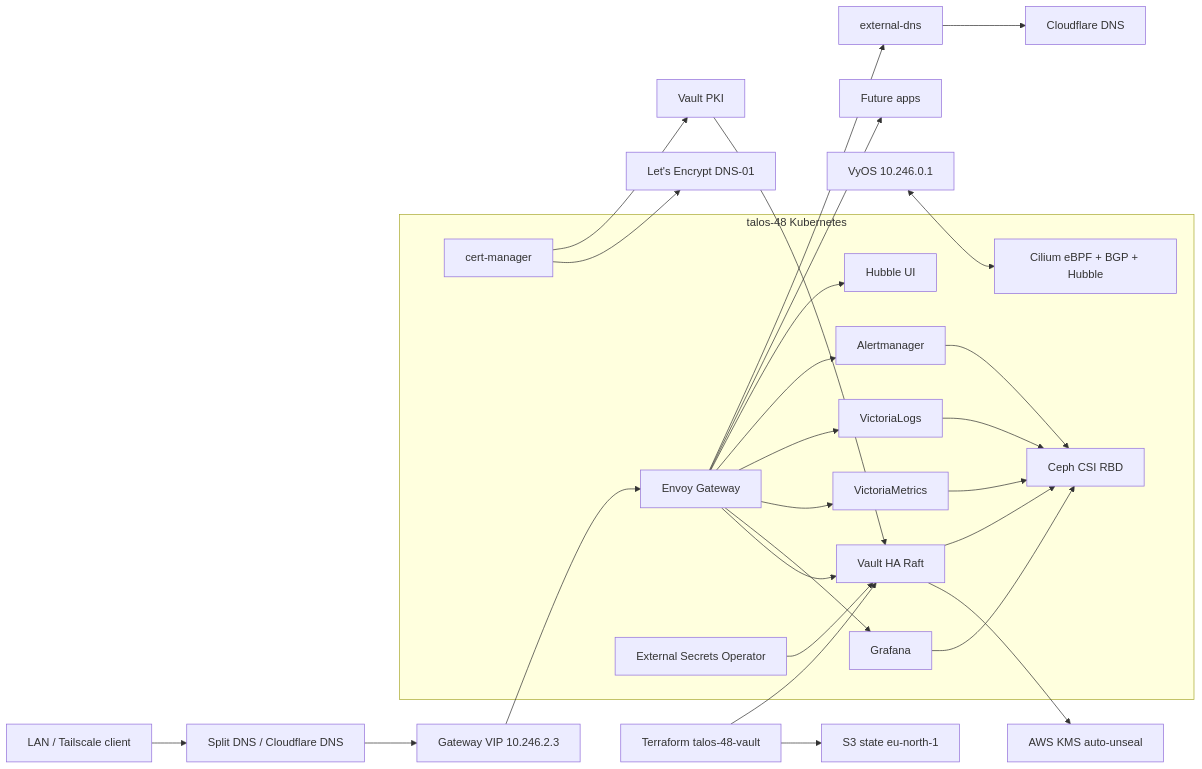
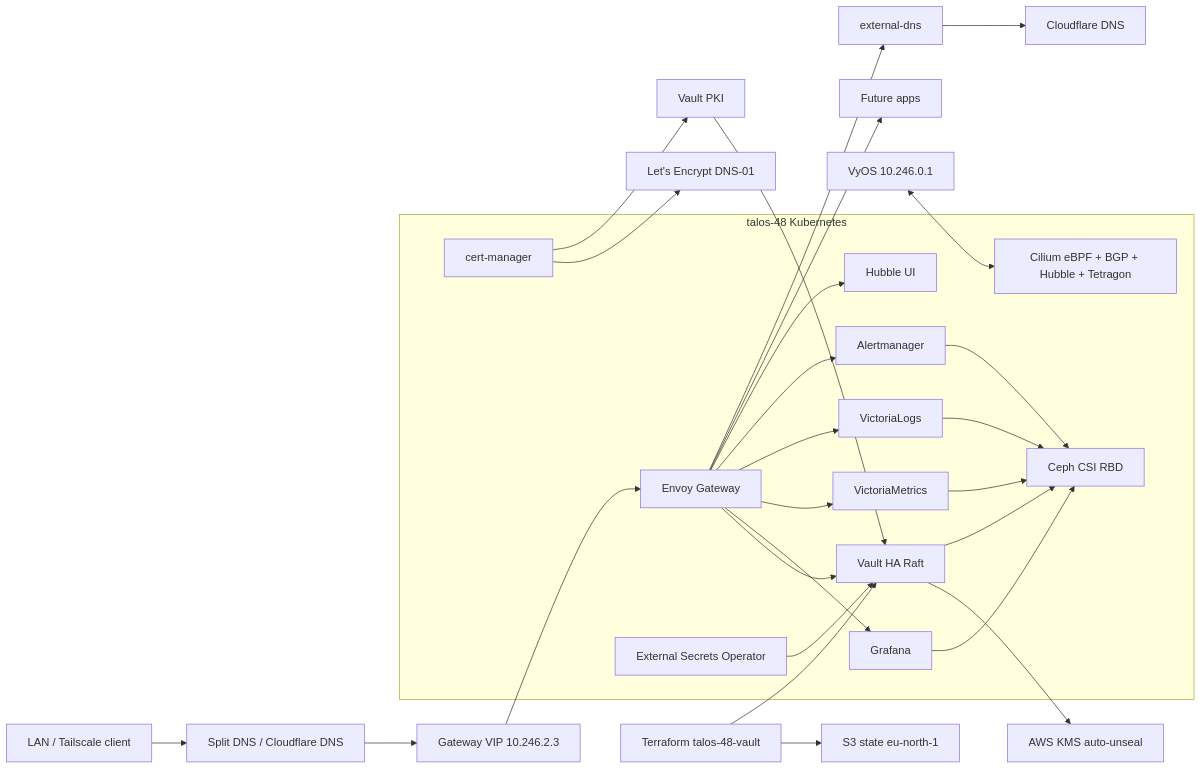
The diagram in README.md (nbari/k8s), drawn with Mermaid before and after one commit. The commit also changed other lines of this file, not shown here.

Commit message:
docs: add Tetragon eBPF runtime security observability

````diff
--- a/README.md
+++ b/README.md
@@ -183,43 +185,43 @@
 ```mermaid
 flowchart LR
   user[LAN / Tailscale client] --> dns[Split DNS / Cloudflare DNS]
   dns --> vip[Gateway VIP 10.246.2.3]
   vip --> envoy[Envoy Gateway]
   envoy --> vault[Vault HA Raft]
   envoy --> grafana[Grafana]
   envoy --> metrics[VictoriaMetrics]
   envoy --> logs[VictoriaLogs]
   envoy --> alerts[Alertmanager]
   envoy --> hubble[Hubble UI]
   envoy --> apps[Future apps]
 
   subgraph talos48[talos-48 Kubernetes]
-    cilium[Cilium eBPF + BGP + Hubble]
+    cilium[Cilium eBPF + BGP + Hubble + Tetragon]
     envoy
     cert[cert-manager]
     eso[External Secrets Operator]
     vault
     grafana
     metrics
     logs
     alerts
     hubble
     ceph[Ceph CSI RBD]
   end
 
   vyos[VyOS 10.246.0.1] <--> cilium
   cert --> letsencrypt[Let's Encrypt DNS-01]
   cert --> vaultpki[Vault PKI]
   envoy --> edns[external-dns]
   edns --> cloudflare[Cloudflare DNS]
   eso --> vault
   vaultpki --> vault
   vault --> kms[AWS KMS auto-unseal]
   vault --> ceph
   metrics --> ceph
   logs --> ceph
   grafana --> ceph
   alerts --> ceph
   terraform[Terraform talos-48-vault] --> vault
   terraform --> s3[S3 state eu-north-1]
 ```
````
